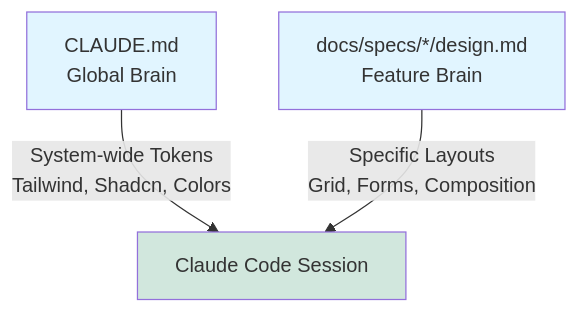
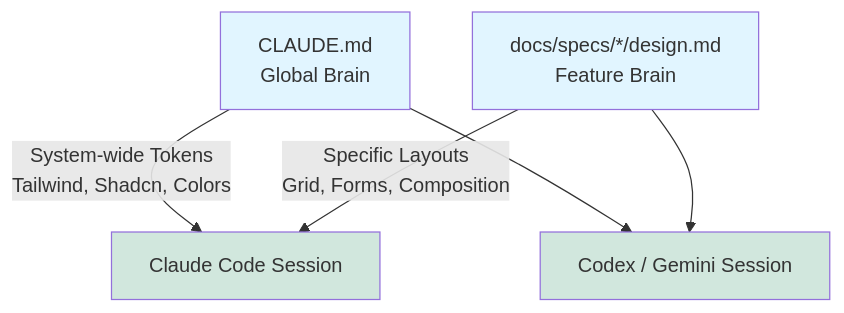
One commit to AgenticFlowX/afx changed the first of 7 diagrams in docs/agenticflowx/agenticflowx.md. Above: the diagram before and after it, drawn with Mermaid. The commit also changed other lines of this file and 24 other files, not shown here.

````diff
--- a/docs/agenticflowx/agenticflowx.md
+++ b/docs/agenticflowx/agenticflowx.md
@@ -79,9 +80,12 @@
 ```mermaid
 graph TD
     A[CLAUDE.md<br/>Global Brain] -->|System-wide Tokens<br/>Tailwind, Shadcn, Colors| C[Claude Code Session]
     B[docs/specs/*/design.md<br/>Feature Brain] -->|Specific Layouts<br/>Grid, Forms, Composition| C
+    A --> D[Codex / Gemini Session]
+    B --> D
 
     style A fill:#e1f5ff
     style B fill:#e1f5ff
     style C fill:#d1e7dd
+    style D fill:#d1e7dd
 ```
````
